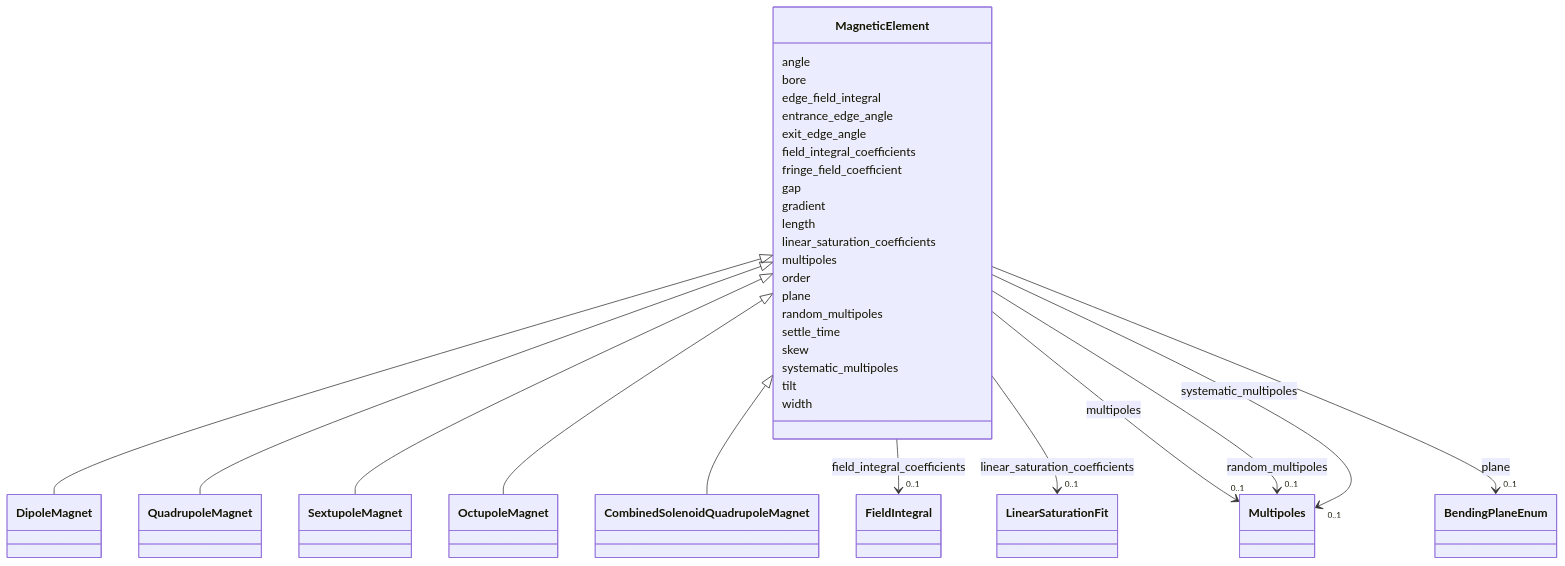
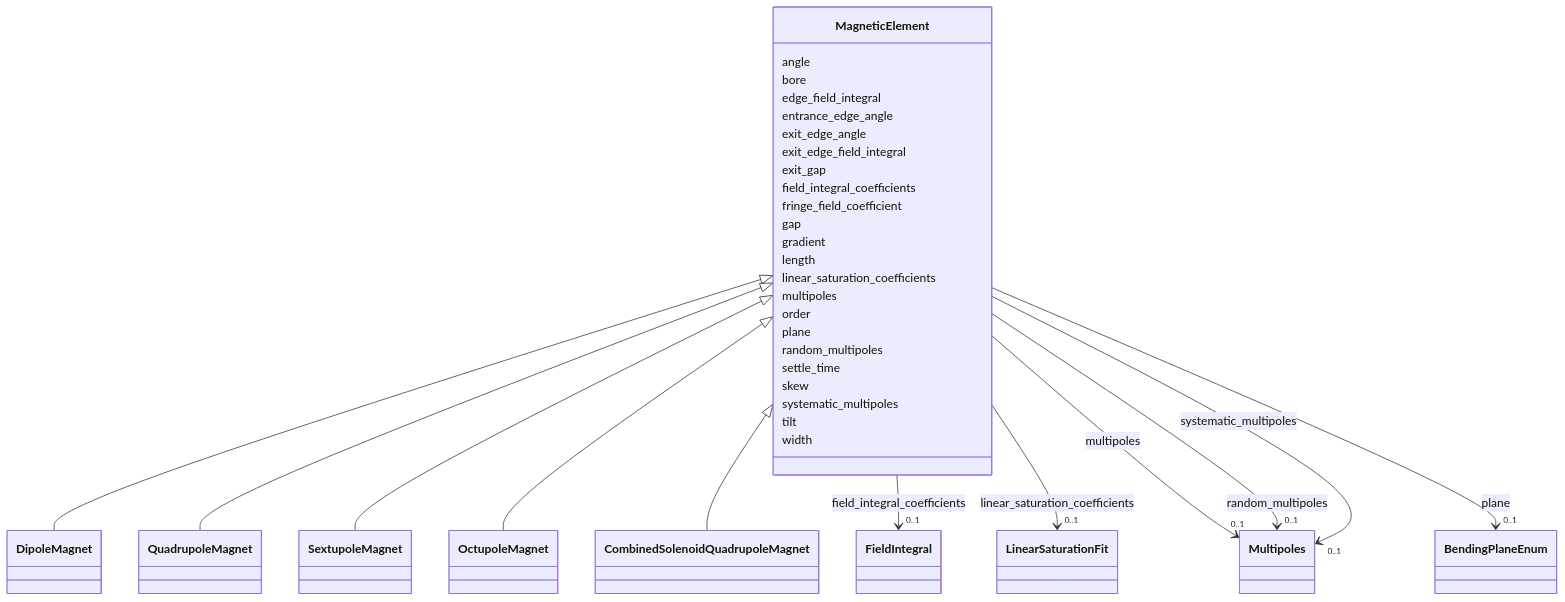
The diagram in docs/source/schema/MagneticElement.md (astec-stfc/laura), drawn with Mermaid before and after one commit. The commit also changed other lines of this file and 54 other files, not shown here.

Commit message:
had to add exit_fringe_integral since it can be asymmetric.....

```diff
--- a/docs/source/schema/MagneticElement.md
+++ b/docs/source/schema/MagneticElement.md
@@ -39,6 +39,10 @@
       MagneticElement : entrance_edge_angle
         
       MagneticElement : exit_edge_angle
+        
+      MagneticElement : exit_edge_field_integral
+        
+      MagneticElement : exit_gap
         
       MagneticElement : field_integral_coefficients
         
```
